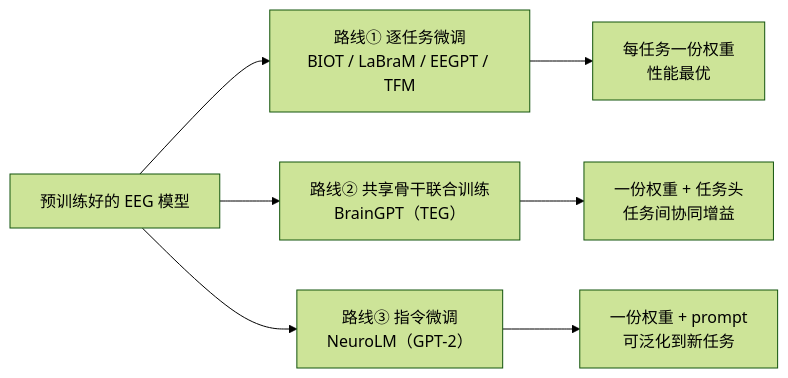
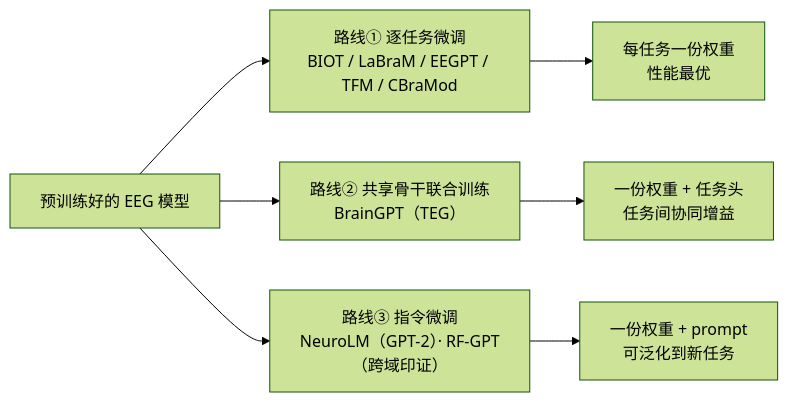
One commit to CyLin-CSU/paper-notes changed the diagram in docs/topics/multi-task.md. Above: the diagram before and after it, drawn with Mermaid (forest theme). The commit also changed other lines of this file and 9 other files, not shown here.

````diff
--- a/docs/topics/multi-task.md
+++ b/docs/topics/multi-task.md
@@ -12,9 +12,9 @@
 ```mermaid
 flowchart LR
-    A["预训练好的 EEG 模型"] --> B["路线① 逐任务微调<br/>BIOT / LaBraM / EEGPT / TFM"]
+    A["预训练好的 EEG 模型"] --> B["路线① 逐任务微调<br/>BIOT / LaBraM / EEGPT / TFM / CBraMod"]
     A --> C["路线② 共享骨干联合训练<br/>BrainGPT（TEG）"]
-    A --> D["路线③ 指令微调<br/>NeuroLM（GPT-2）"]
+    A --> D["路线③ 指令微调<br/>NeuroLM（GPT-2）· RF-GPT（跨域印证）"]
     B --> E["每任务一份权重<br/>性能最优"]
     C --> F["一份权重 + 任务头<br/>任务间协同增益"]
     D --> G["一份权重 + prompt<br/>可泛化到新任务"]
 ```
````
